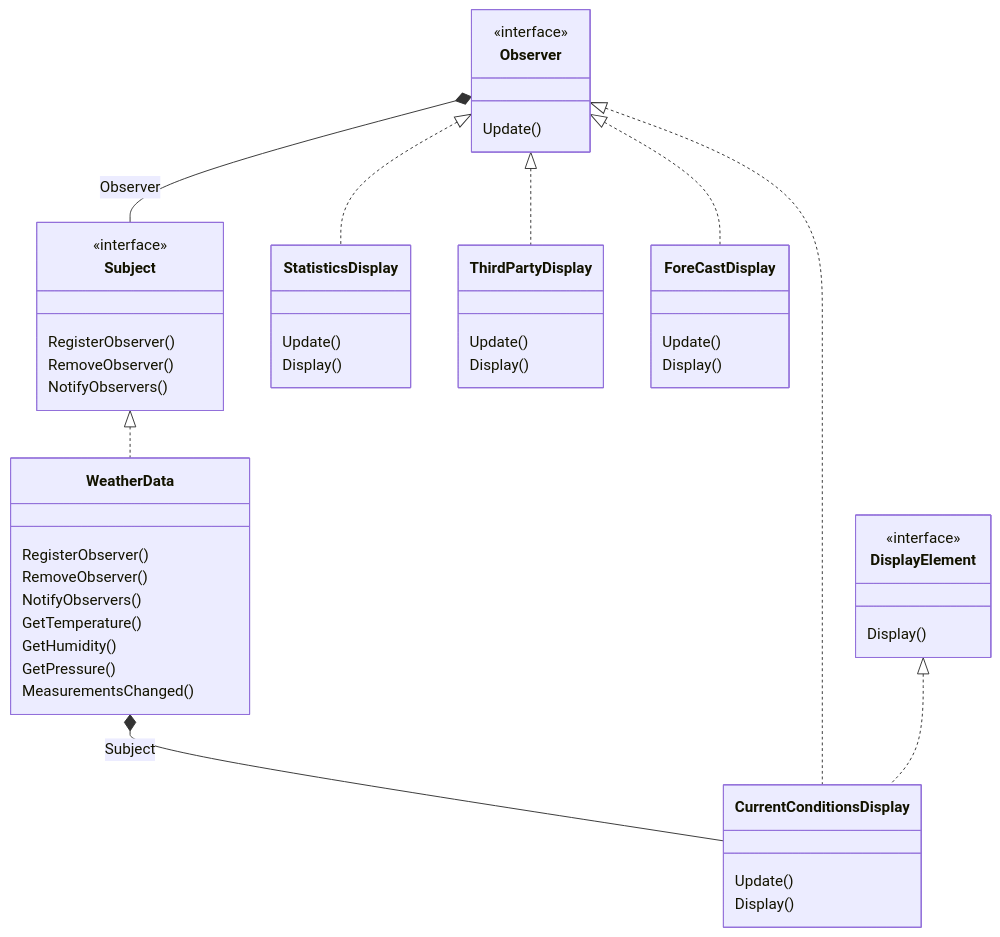
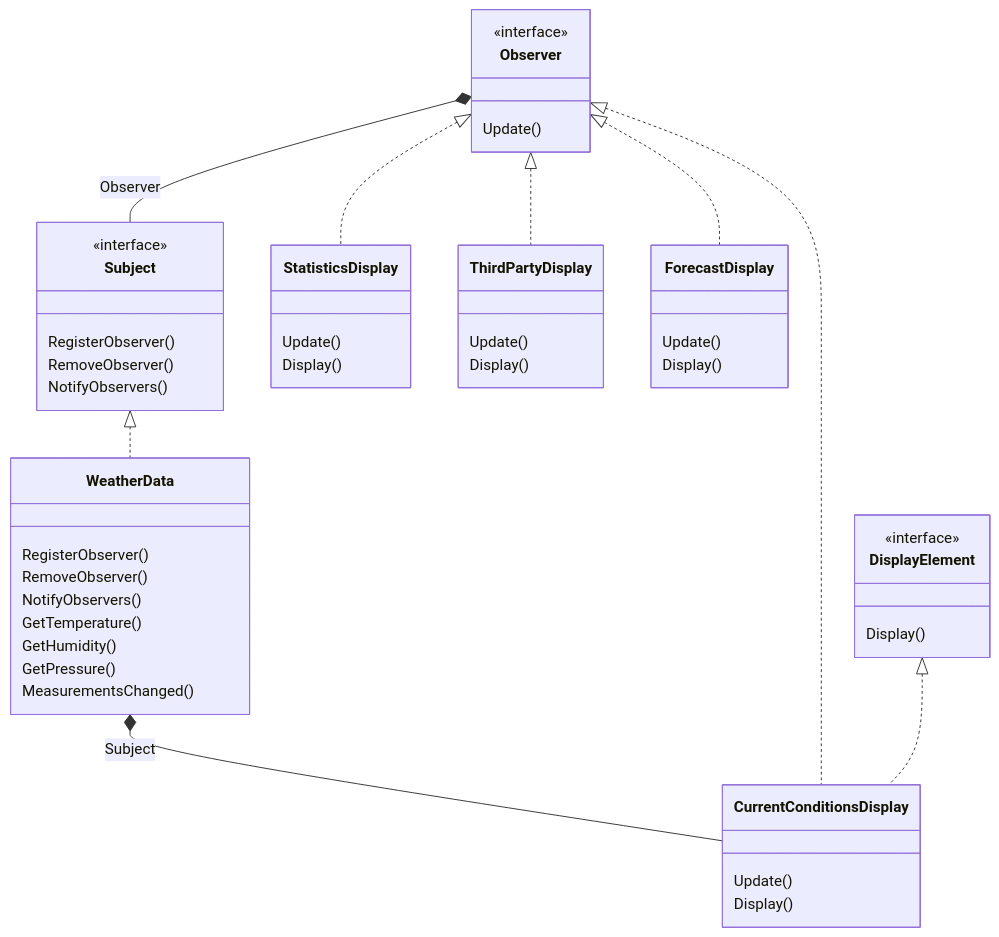
The diagram in Observer/README.md (SonJJ74/head-first-design-patterns), drawn with Mermaid before and after one commit. The commit also changed 8 other files, not shown here.

````diff
--- a/Observer/README.md
+++ b/Observer/README.md
@@ -10,51 +10,51 @@
 ```mermaid
 classDiagram
     Subject <|.. WeatherData
     Observer *--  Subject : Observer
     WeatherData *-- CurrentConditionsDisplay : Subject
     Observer <|.. CurrentConditionsDisplay
     Observer <|.. StatisticsDisplay
     Observer <|.. ThirdPartyDisplay
-    Observer <|.. ForeCastDisplay
+    Observer <|.. ForecastDisplay
     DisplayElement <|.. CurrentConditionsDisplay
 class Subject {
   <<interface>>
   RegisterObserver()
   RemoveObserver()
   NotifyObservers()
 }
 class WeatherData {
   RegisterObserver()
   RemoveObserver()
   NotifyObservers()
   
   GetTemperature()
   GetHumidity()
   GetPressure()
   MeasurementsChanged()
 }
 class Observer {
   <<interface>>
   Update()
 }
 class DisplayElement {
   <<interface>>
   Display()
 }
 class CurrentConditionsDisplay {
   Update()
   Display()
 }
 class StatisticsDisplay {
   Update()
   Display()
 }
 class ThirdPartyDisplay {
   Update()
   Display()
 }
-class ForeCastDisplay {
+class ForecastDisplay {
   Update()
   Display()
 }
 ```
````
